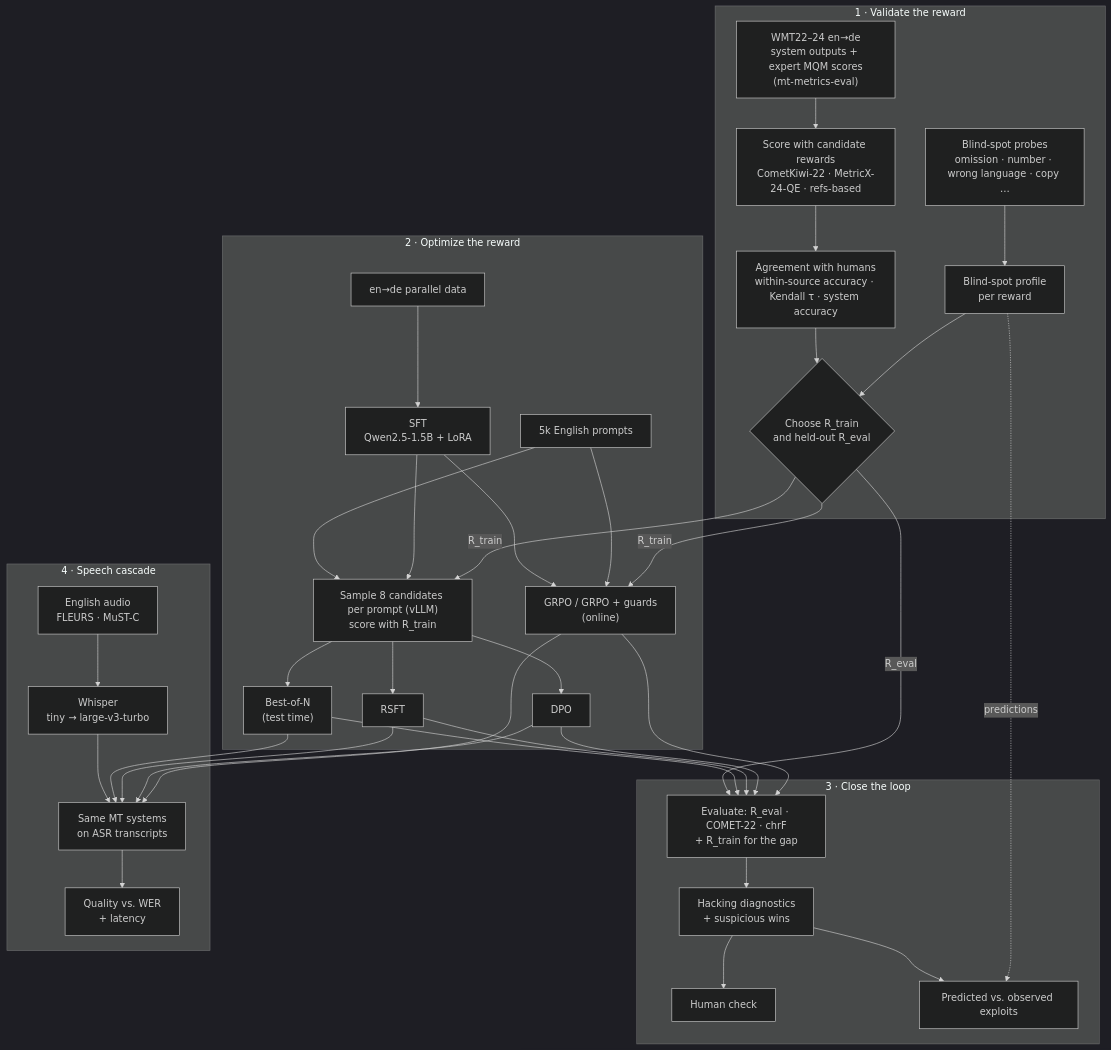
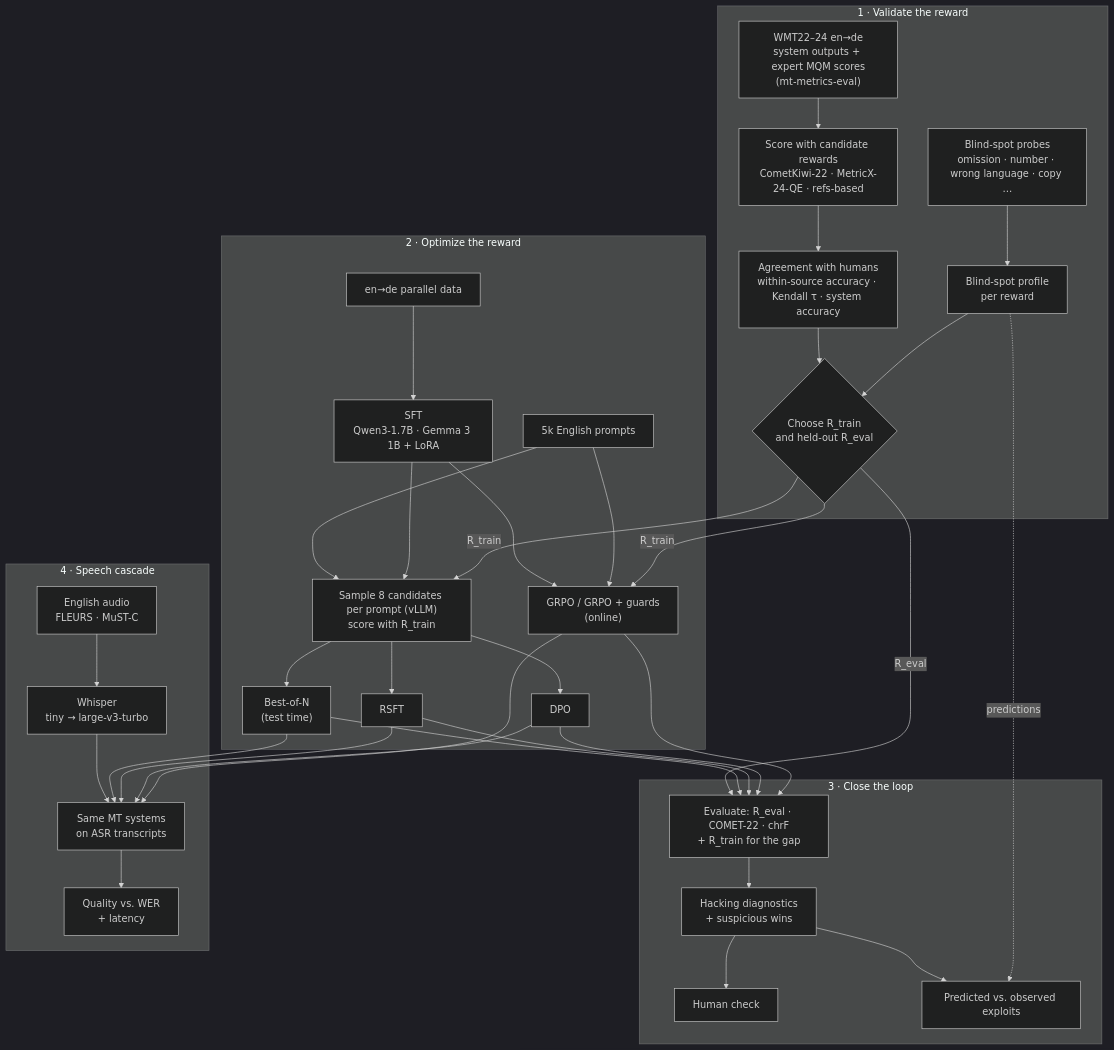
The first of 2 diagrams in docs/workflow.md (guohere/machine-translation-with-RLHF), drawn with Mermaid (dark theme) before and after one commit. The commit also changed other lines of this file and 17 other files, not shown here.

First line of the commit message:
Phase 2: two model families (Qwen3-1.7B main, Gemma 3 1B replication)

````diff
--- a/docs/workflow.md
+++ b/docs/workflow.md
@@ -11,40 +11,40 @@
 ```mermaid
 flowchart TB
     subgraph P1["1 · Validate the reward"]
         H["WMT22–24 en→de<br/>system outputs + expert MQM scores<br/>(mt-metrics-eval)"] --> SC["Score with candidate rewards<br/>CometKiwi-22 · MetricX-24-QE · refs-based"]
         SC --> AG["Agreement with humans<br/>within-source accuracy · Kendall τ · system accuracy"]
         PB["Blind-spot probes<br/>omission · number · wrong language · copy …"] --> BS["Blind-spot profile<br/>per reward"]
         AG --> SEL{"Choose R_train<br/>and held-out R_eval"}
         BS --> SEL
     end
 
     subgraph P2["2 · Optimize the reward"]
-        PD["en→de parallel data"] --> SFT["SFT<br/>Qwen2.5-1.5B + LoRA"]
+        PD["en→de parallel data"] --> SFT["SFT<br/>Qwen3-1.7B · Gemma 3 1B + LoRA"]
         PP["5k English prompts"] --> SMP["Sample 8 candidates per prompt (vLLM)<br/>score with R_train"]
         SFT --> SMP
         SMP --> BON["Best-of-N<br/>(test time)"]
         SMP --> RSFT["RSFT"]
         SMP --> DPO["DPO"]
         SFT --> GRPO["GRPO / GRPO + guards<br/>(online)"]
         PP --> GRPO
     end
 
     subgraph P3["3 · Close the loop"]
         EV["Evaluate: R_eval · COMET-22 · chrF<br/>+ R_train for the gap"] --> HK["Hacking diagnostics<br/>+ suspicious wins"]
         HK --> HC["Human check"]
         HK --> LNK["Predicted vs. observed exploits"]
     end
 
     subgraph P4["4 · Speech cascade"]
         AU["English audio<br/>FLEURS · MuST-C"] --> ASR["Whisper<br/>tiny → large-v3-turbo"]
         ASR --> CAS["Same MT systems<br/>on ASR transcripts"]
         CAS --> ROB["Quality vs. WER<br/>+ latency"]
     end
 
     SEL -->|R_train| SMP
     SEL -->|R_train| GRPO
     SEL -->|R_eval| EV
     BON & RSFT & DPO & GRPO --> EV
     BS -.->|predictions| LNK
     BON & RSFT & DPO & GRPO --> CAS
 ```
````
